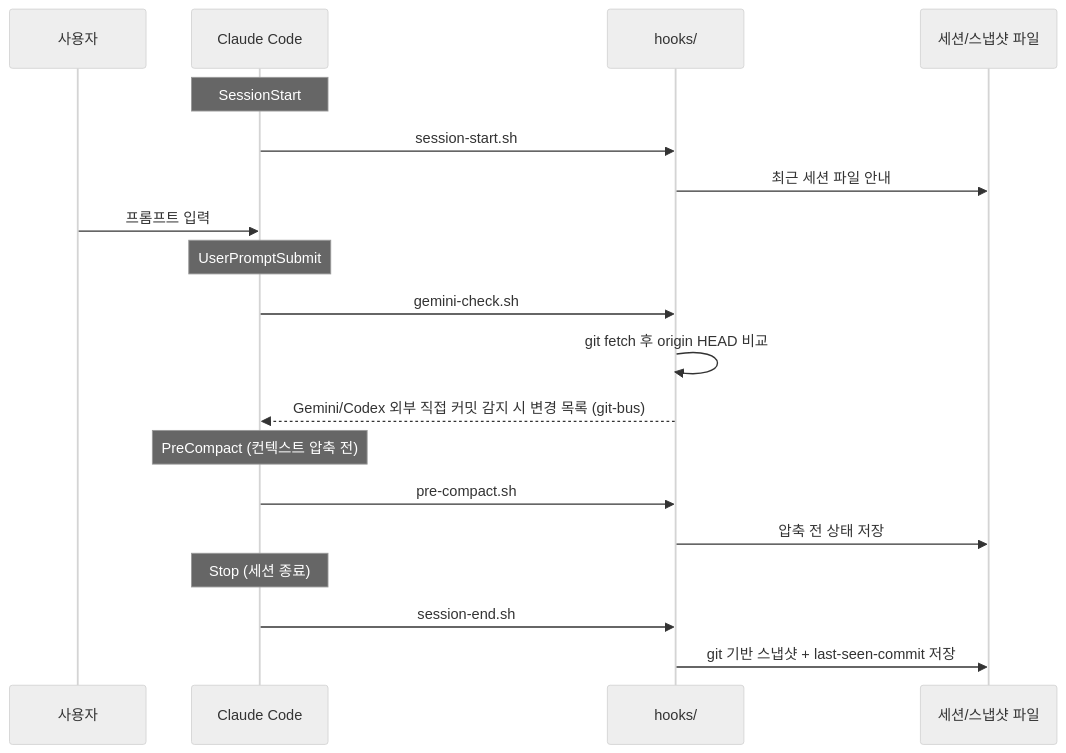
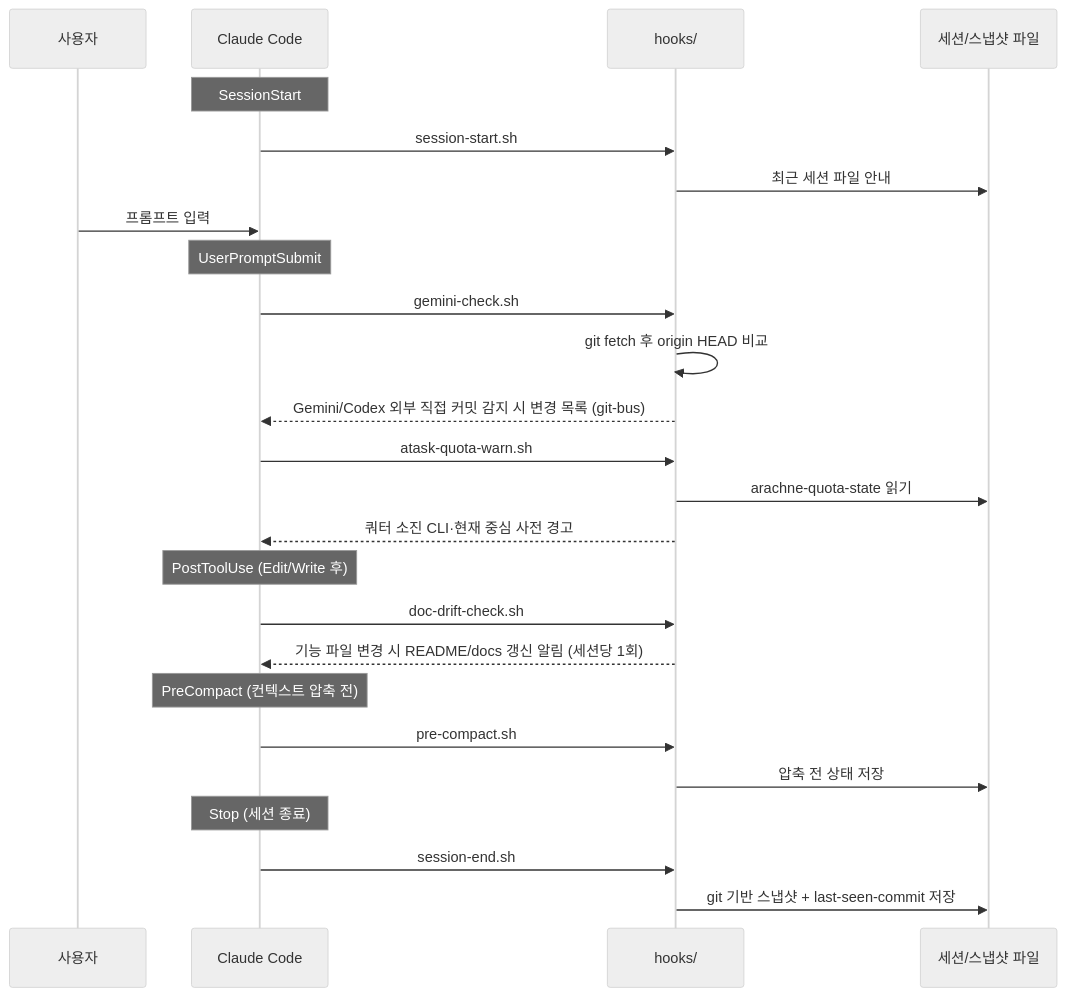
One commit to jomarusoup/Arachne changed the third of 5 diagrams in docs/ARCHITECTURE.md. Above: the diagram before and after it, drawn with Mermaid (neutral theme). The commit also changed other lines of this file and 13 other files, not shown here.

First line of the commit message:
feat: arachne-task.sh(atask) 자동 폴백 디스패처 신규 추가

````diff
--- a/docs/ARCHITECTURE.md
+++ b/docs/ARCHITECTURE.md
@@ -229,25 +231,32 @@
 ```mermaid
 sequenceDiagram
     participant U as 사용자
     participant CC as Claude Code
     participant H as hooks/
     participant FS as 세션/스냅샷 파일
 
     Note over CC: SessionStart
     CC->>H: session-start.sh
     H->>FS: 최근 세션 파일 안내
 
     U->>CC: 프롬프트 입력
     Note over CC: UserPromptSubmit
     CC->>H: gemini-check.sh
     H->>H: git fetch 후 origin HEAD 비교
     H-->>CC: Gemini/Codex 외부 직접 커밋 감지 시 변경 목록 (git-bus)
+    CC->>H: atask-quota-warn.sh
+    H->>FS: arachne-quota-state 읽기
+    H-->>CC: 쿼터 소진 CLI·현재 중심 사전 경고
+
+    Note over CC: PostToolUse (Edit/Write 후)
+    CC->>H: doc-drift-check.sh
+    H-->>CC: 기능 파일 변경 시 README/docs 갱신 알림 (세션당 1회)
 
     Note over CC: PreCompact (컨텍스트 압축 전)
     CC->>H: pre-compact.sh
     H->>FS: 압축 전 상태 저장
 
     Note over CC: Stop (세션 종료)
     CC->>H: session-end.sh
     H->>FS: git 기반 스냅샷 + last-seen-commit 저장
 ```
````
